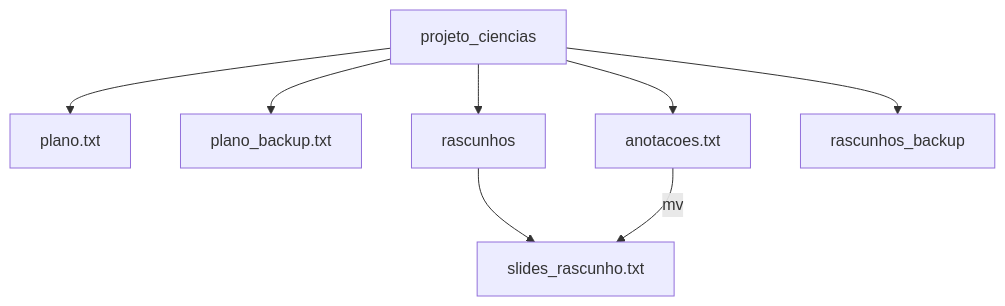
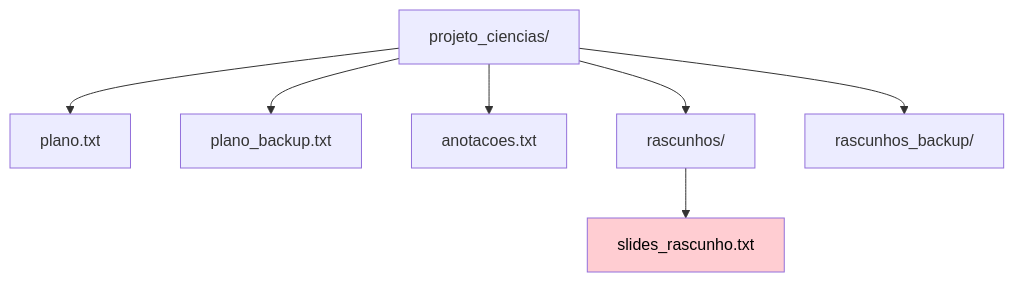
The fifth of 8 diagrams in 2-diretorios-gerenciamento.md (charlesfsantos/roteiros-linux), drawn with Mermaid before and after one commit. The commit also changed other lines of this file, not shown here.

````diff
--- a/2-diretorios-gerenciamento.md
+++ b/2-diretorios-gerenciamento.md
@@ -172,10 +172,13 @@
 ```mermaid
 graph TD
-    A[projeto_ciencias] --> B[plano.txt]
+    A[projeto_ciencias/] --> B[plano.txt]
     A --> C[plano_backup.txt]
     A --> D[anotacoes.txt]
-    A --> F[rascunhos]
-    A --> G[rascunhos_backup]
+    A --> F[rascunhos/]
+    A --> G[rascunhos_backup/]
     F --> H[slides_rascunho.txt]
-    D -->|mv| H
+
+    style H fill:#FFCDD2
+    style H color:#000000
+
 ```
````
